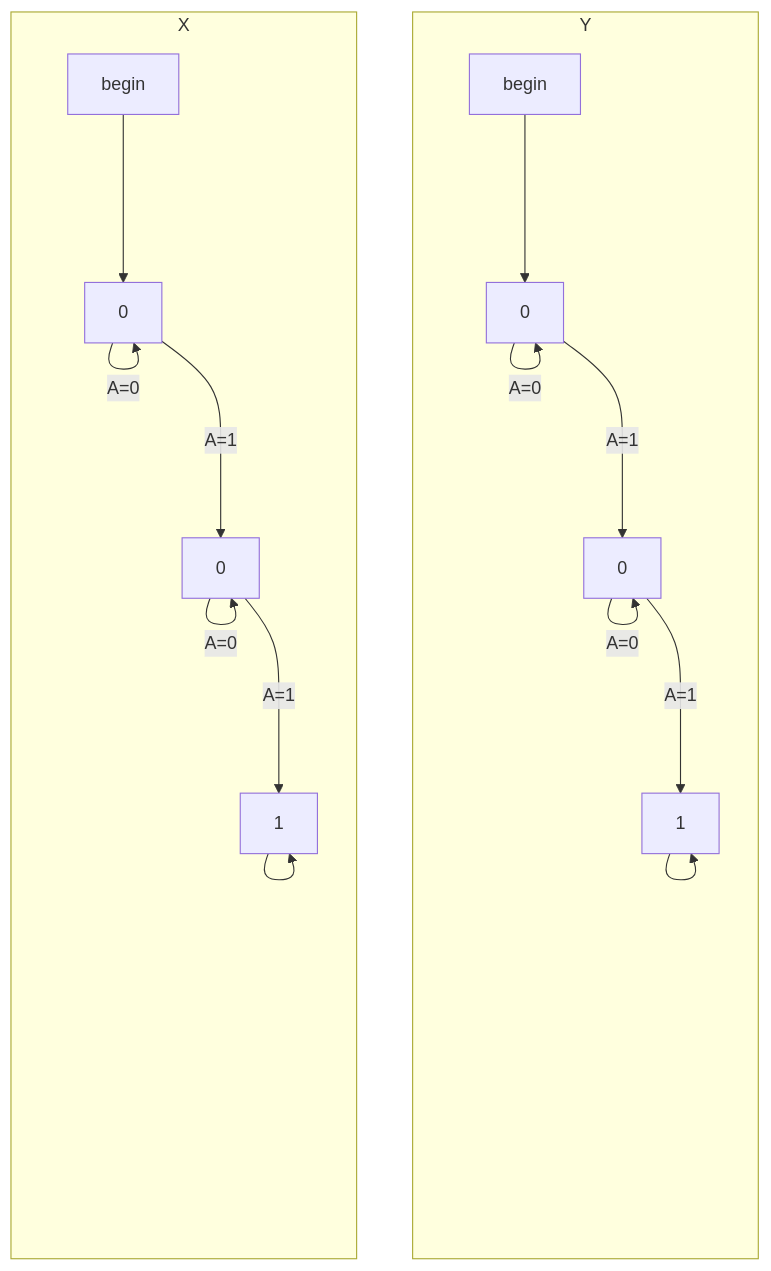
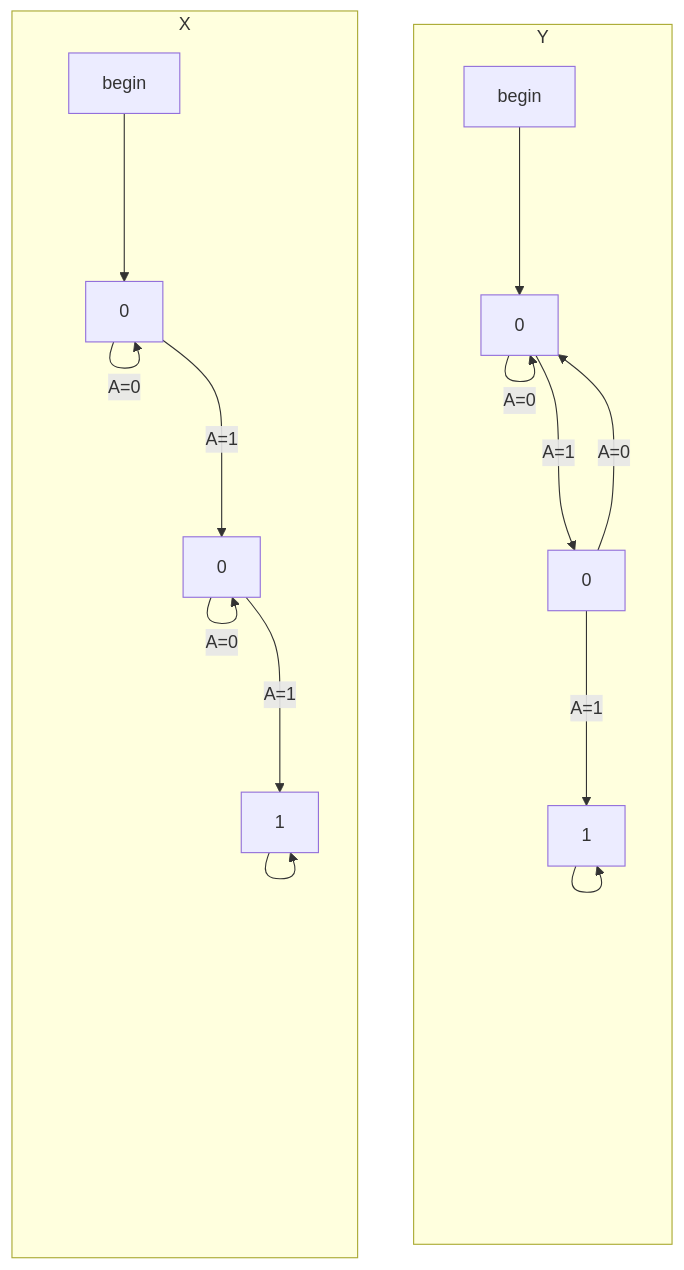
One commit to tnichols217/notes changed the diagram in CSDS 281 - Logic Design/HW/8/Tables.md. Above: the diagram before and after it, drawn with Mermaid.

Commit message:
vault backup: 2024-04-03 22:02:54

````diff
--- a/CSDS 281 - Logic Design/HW/8/Tables.md
+++ b/CSDS 281 - Logic Design/HW/8/Tables.md
@@ -1,20 +1,20 @@
 ```mermaid
 flowchart LR
 subgraph X
 beginx[begin] ---> 01x
 01x[0] --->|A=0| 01x
 01x --->|A=1| 02x[0]
 02x --->|A=0| 02x
 02x --->|A=1| 1x[1]
 1x ---> 1x
 end
 X ~~~ Y
 subgraph Y
 beginy[begin] ---> 01y
 01y[0] --->|A=0| 01y
 01y --->|A=1| 02y[0]
-02y --->|A=0| 02y
+02y --->|A=0| 01y
 02y --->|A=1| 1y[1]
 1y ---> 1y
 end
 ```
````
